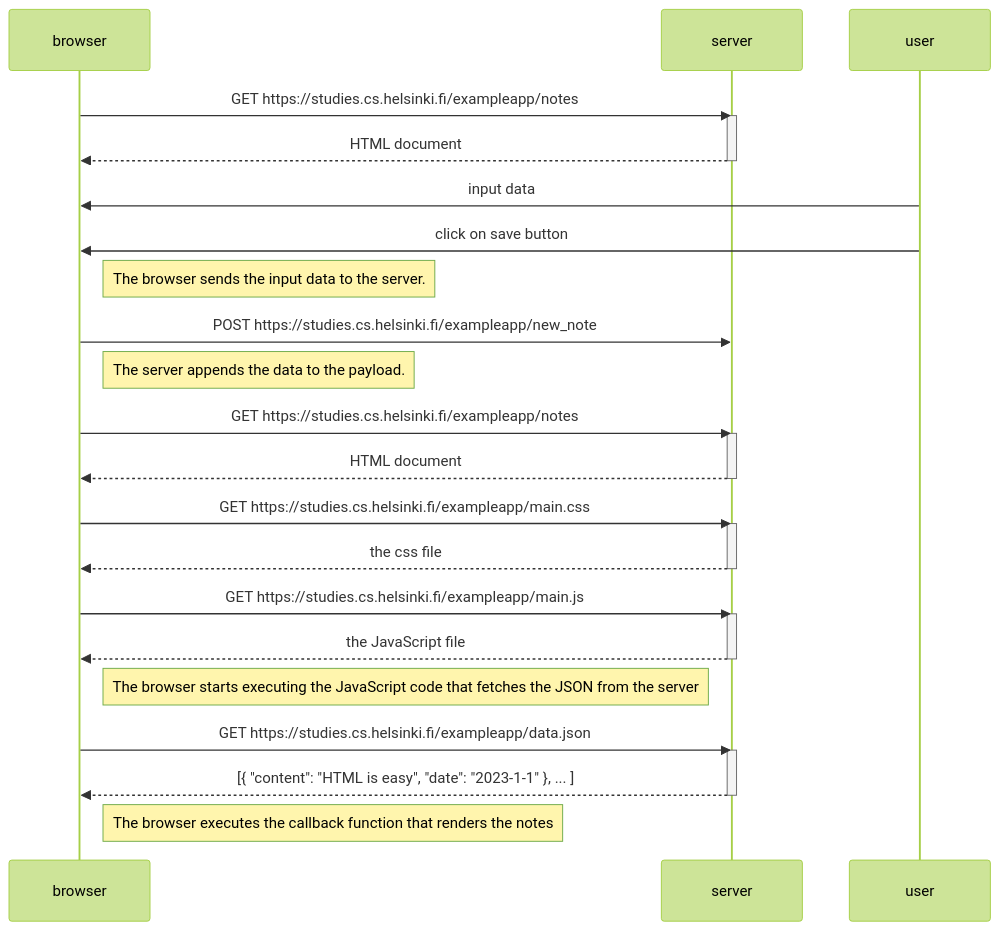
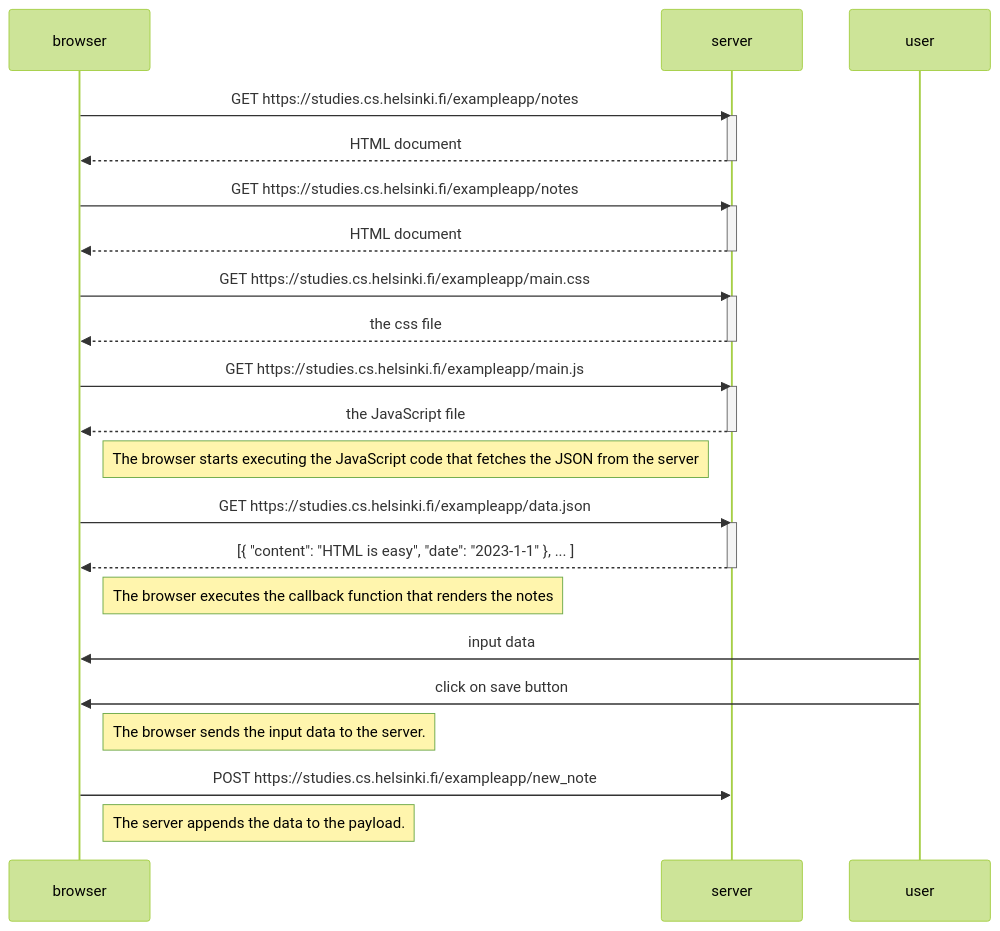
Before and after one commit to 24Akshat/fullstackopen: the diagram in mermaid.md, drawn with Mermaid (forest theme). The commit also changed other lines of this file, not shown here.

````diff
--- a/mermaid.md
+++ b/mermaid.md
@@ -1,40 +1,40 @@
 ```mermaid
 sequenceDiagram
     participant browser
     participant server
     participant user
 
     browser->>server: GET https://studies.cs.helsinki.fi/exampleapp/notes
     activate server
     server-->>browser: HTML document
     deactivate server
-
-    user ->> browser : input data
-    user ->> browser : click on save button
-    Note right of browser : The browser sends the input data to the server.
-    browser ->> server : POST https://studies.cs.helsinki.fi/exampleapp/new_note
-    Note right of browser : The server appends the data to the payload.
     browser->>server: GET https://studies.cs.helsinki.fi/exampleapp/notes
     activate server
     server-->>browser: HTML document
     deactivate server
 
     browser->>server: GET https://studies.cs.helsinki.fi/exampleapp/main.css
     activate server
     server-->>browser: the css file
     deactivate server
 
     browser->>server: GET https://studies.cs.helsinki.fi/exampleapp/main.js
     activate server
     server-->>browser: the JavaScript file
     deactivate server
 
     Note right of browser: The browser starts executing the JavaScript code that fetches the JSON from the server
 
     browser->>server: GET https://studies.cs.helsinki.fi/exampleapp/data.json
     activate server
     server-->>browser: [{ "content": "HTML is easy", "date": "2023-1-1" }, ... ]
     deactivate server
 
     Note right of browser: The browser executes the callback function that renders the notes
+    user ->> browser : input data
+    user ->> browser : click on save button
+    Note right of browser : The browser sends the input data to the server.
+    browser ->> server : POST https://studies.cs.helsinki.fi/exampleapp/new_note
+    Note right of browser : The server appends the data to the payload.
+
 ```
````
